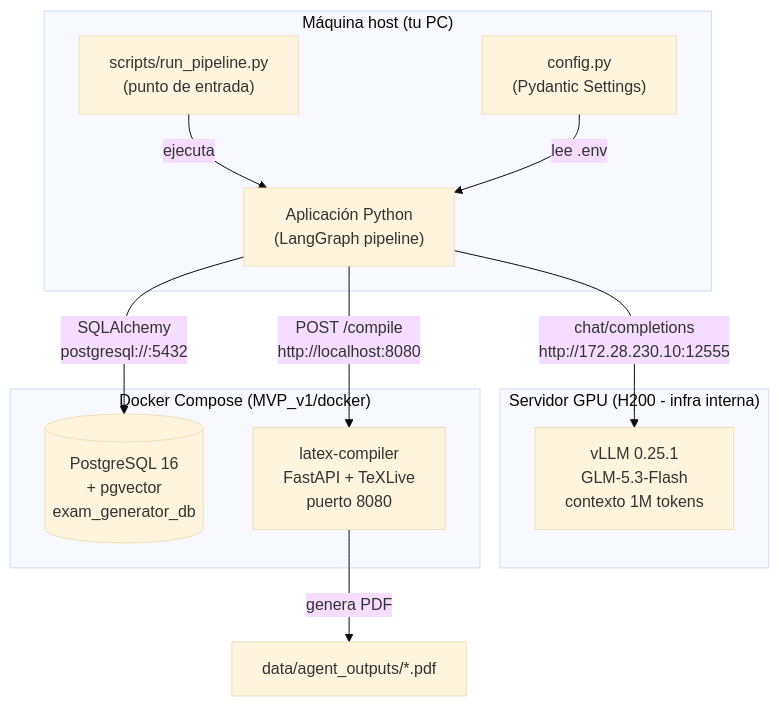
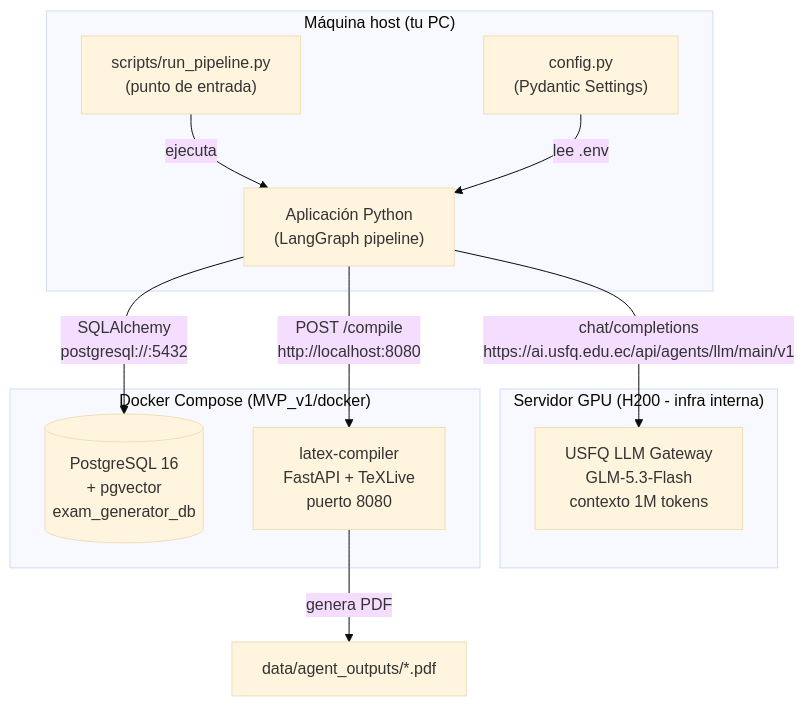
Before and after one commit to danilo-pilacuan/examgen-project: the first of 14 diagrams in ARCHITECTURE.md, drawn with Mermaid (base theme). The commit also changed other lines of this file and 11 other files, not shown here.

````diff
--- a/ARCHITECTURE.md
+++ b/ARCHITECTURE.md
@@ -97,24 +97,24 @@
 ```mermaid
 graph TB
     subgraph "Máquina host (tu PC)"
         APP["Aplicación Python<br/>(LangGraph pipeline)"]
         CONFIG["config.py<br/>(Pydantic Settings)"]
         RUN["scripts/run_pipeline.py<br/>(punto de entrada)"]
     end
 
     subgraph "Servidor GPU (H200 - infra interna)"
-        VLLM["vLLM 0.25.1<br/>GLM-5.3-Flash<br/>contexto 1M tokens"]
+        VLLM["USFQ LLM Gateway<br/>GLM-5.3-Flash<br/>contexto 1M tokens"]
     end
 
     subgraph "Docker Compose (MVP_v1/docker)"
         PG[("PostgreSQL 16<br/>+ pgvector<br/>exam_generator_db")]
         LC["latex-compiler<br/>FastAPI + TeXLive<br/>puerto 8080"]
     end
 
     RUN -->|"ejecuta"| APP
-    APP -->|"chat/completions<br/>http://172.28.230.10:12555"| VLLM
+    APP -->|"chat/completions<br/>https://ai.usfq.edu.ec/api/agents/llm/main/v1"| VLLM
     APP -->|"SQLAlchemy<br/>postgresql://:5432"| PG
     APP -->|"POST /compile<br/>http://localhost:8080"| LC
     LC -->|"genera PDF"| OUT["data/agent_outputs/*.pdf"]
     CONFIG -->|"lee .env"| APP
 ```
````
